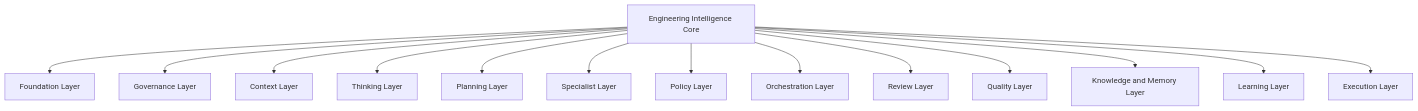
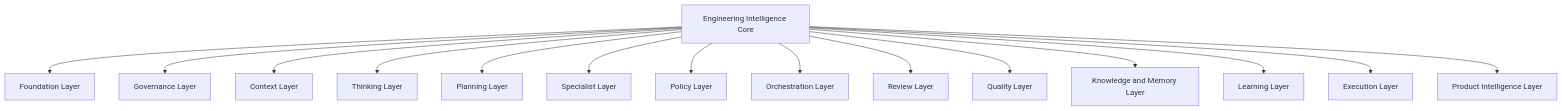
Before and after one commit to thyags/method-ceip: the diagram in PLATFORM.md, drawn with Mermaid. The commit also changed other lines of this file and 103 other files, not shown here.

Commit message:
Add Product Intelligence System

````diff
--- a/PLATFORM.md
+++ b/PLATFORM.md
@@ -32,16 +33,17 @@
 ```mermaid
 flowchart TD
     A["Engineering Intelligence Core"] --> B["Foundation Layer"]
     A --> C["Governance Layer"]
     A --> D["Context Layer"]
     A --> E["Thinking Layer"]
     A --> F["Planning Layer"]
     A --> G["Specialist Layer"]
     A --> H["Policy Layer"]
     A --> I["Orchestration Layer"]
     A --> J["Review Layer"]
     A --> K["Quality Layer"]
     A --> L["Knowledge and Memory Layer"]
     A --> M["Learning Layer"]
     A --> N["Execution Layer"]
+    A --> O["Product Intelligence Layer"]
 ```
````
